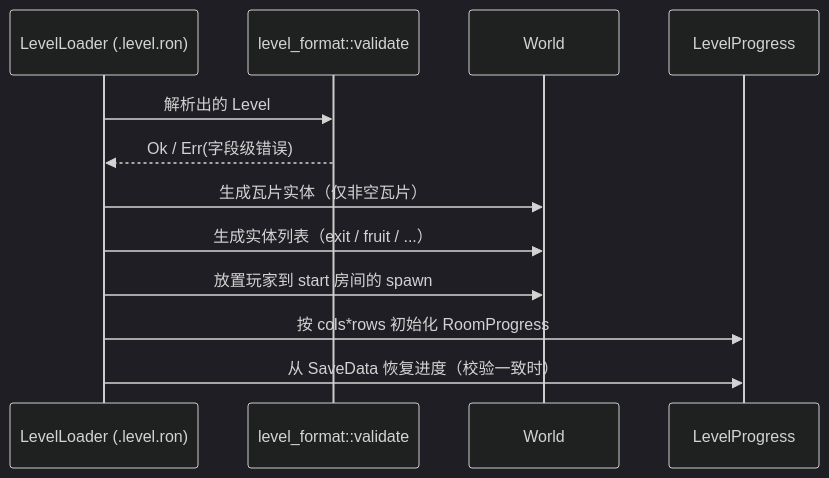
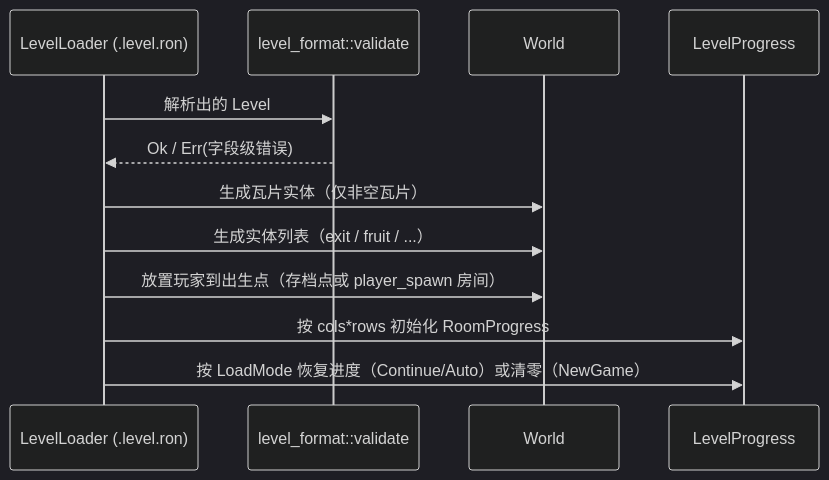
One commit to iLeepop/animj-2d-platformer changed the diagram in docs/02-world-and-rooms.md. Above: the diagram before and after it, drawn with Mermaid (dark theme). The commit also changed other lines of this file and 19 other files, not shown here.

````diff
--- a/docs/02-world-and-rooms.md
+++ b/docs/02-world-and-rooms.md
@@ -93,14 +96,14 @@
 ```mermaid
 sequenceDiagram
   participant L as LevelLoader (.level.ron)
   participant V as level_format::validate
   participant W as World
   participant P as LevelProgress
   L->>V: 解析出的 Level
   V-->>L: Ok / Err(字段级错误)
   L->>W: 生成瓦片实体（仅非空瓦片）
   L->>W: 生成实体列表（exit / fruit / ...）
-  L->>W: 放置玩家到 start 房间的 spawn
+  L->>W: 放置玩家到出生点（存档点或 player_spawn 房间）
   L->>P: 按 cols*rows 初始化 RoomProgress
-  L->>P: 从 SaveData 恢复进度（校验一致时）
+  L->>P: 按 LoadMode 恢复进度（Continue/Auto）或清零（NewGame）
 ```
````
